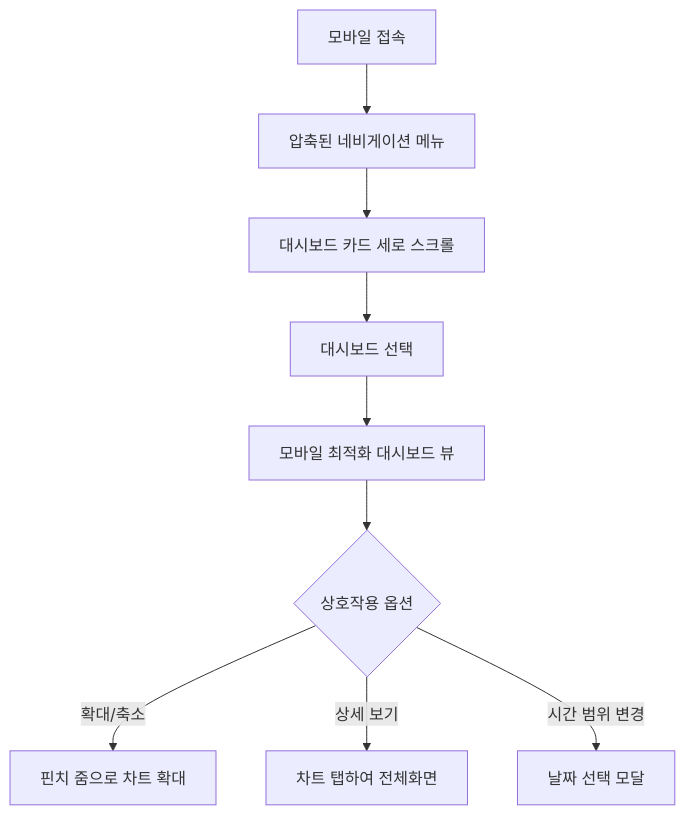
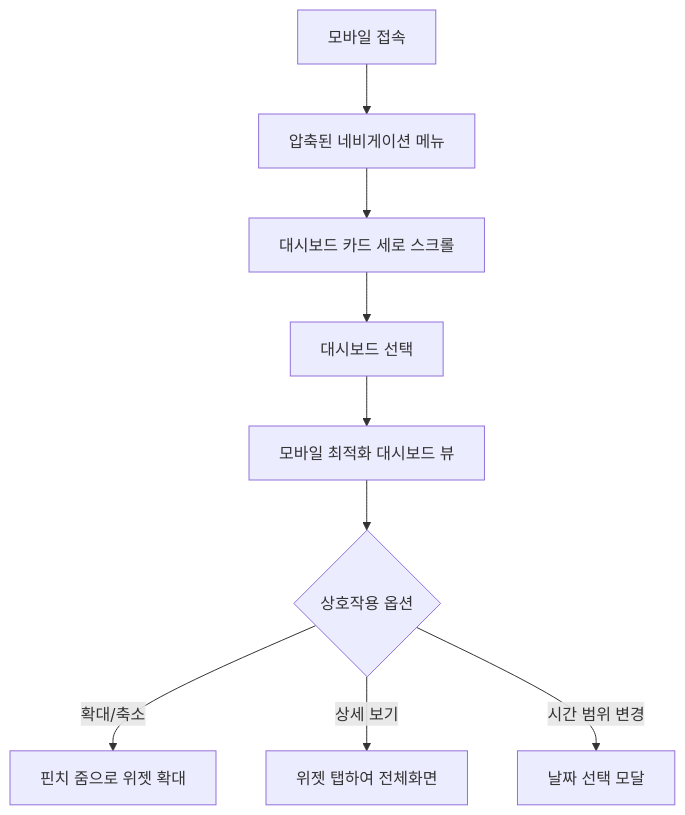
Before and after one commit to Seungwoo321/etorch-docs: diagram 13 of 20 in ui-design/user-flows.md, drawn with Mermaid. The commit also changed other lines of this file, not shown here.

````diff
--- a/ui-design/user-flows.md
+++ b/ui-design/user-flows.md
@@ -630,11 +630,11 @@
 ```mermaid
 flowchart TD
     A[모바일 접속] --> B[압축된 네비게이션 메뉴]
     B --> C[대시보드 카드 세로 스크롤]
     C --> D[대시보드 선택]
     D --> E[모바일 최적화 대시보드 뷰]
     E --> F{상호작용 옵션}
-    F -->|확대/축소| G[핀치 줌으로 차트 확대]
-    F -->|상세 보기| H[차트 탭하여 전체화면]
+    F -->|확대/축소| G[핀치 줌으로 위젯 확대]
+    F -->|상세 보기| H[위젯 탭하여 전체화면]
     F -->|시간 범위 변경| I[날짜 선택 모달]
 ```
````
